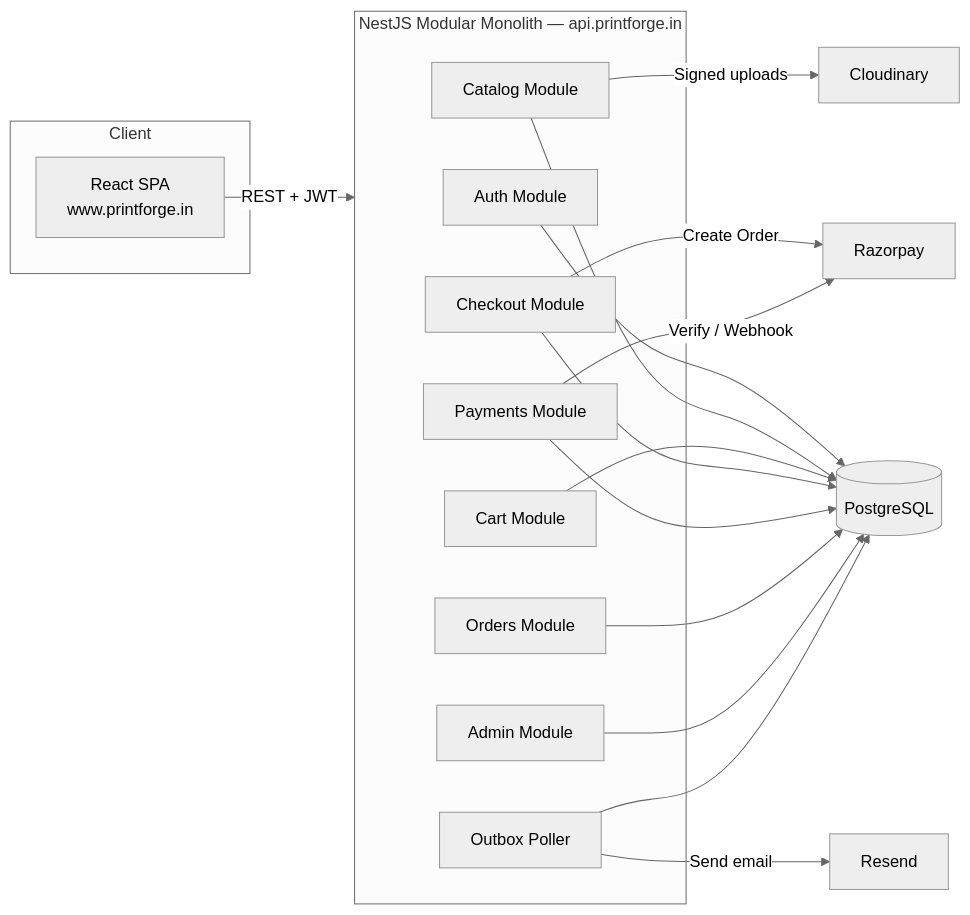
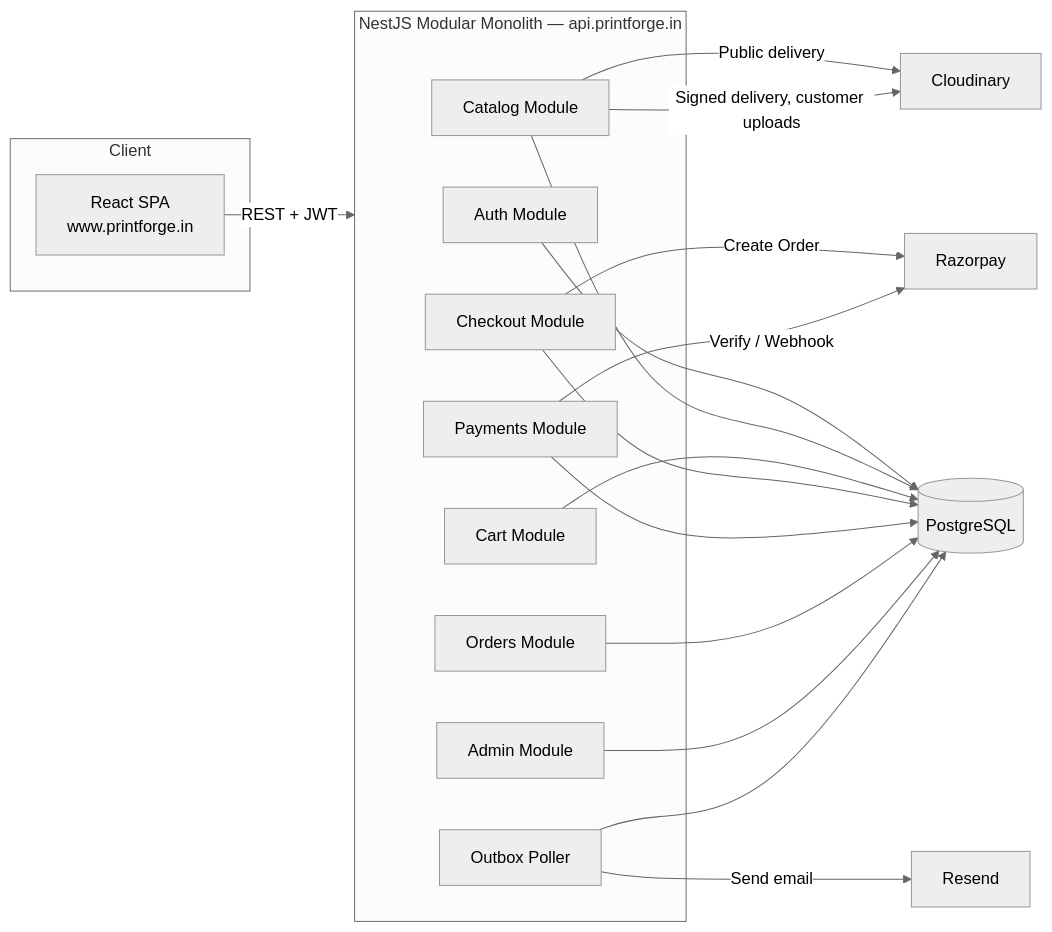
Before and after one commit to AtharvaVavhal/PrintForge: the first of 2 diagrams in Readme.md, drawn with Mermaid (neutral theme). The commit also changed other lines of this file, not shown here.

````diff
--- a/Readme.md
+++ b/Readme.md
@@ -70,37 +93,35 @@
 ```mermaid
 flowchart LR
     subgraph Client
         Web["React SPA<br/>www.printforge.in"]
     end
-
     subgraph Backend["NestJS Modular Monolith — api.printforge.in"]
         Auth[Auth Module]
         Catalog[Catalog Module]
         Cart[Cart Module]
         Checkout[Checkout Module]
         Payments[Payments Module]
         Orders[Orders Module]
         Admin[Admin Module]
         Outbox[Outbox Poller]
     end
-
     DB[(PostgreSQL)]
     RZP[Razorpay]
     CLD[Cloudinary]
     RSD[Resend]
 
     Web -->|REST + JWT| Backend
     Auth --> DB
     Catalog --> DB
     Cart --> DB
     Checkout --> DB
     Payments --> DB
     Orders --> DB
     Admin --> DB
     Outbox --> DB
-
     Checkout -->|Create Order| RZP
     Payments -->|Verify / Webhook| RZP
-    Catalog -->|Signed uploads| CLD
+    Catalog -->|Public delivery| CLD
+    Catalog -->|Signed delivery, customer uploads| CLD
     Outbox -->|Send email| RSD
 ```
````
